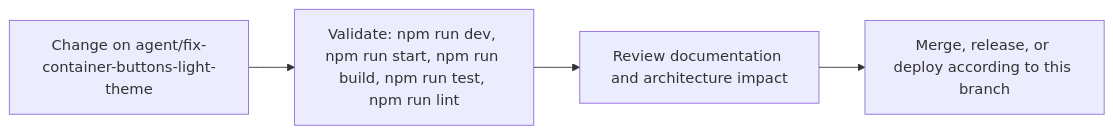
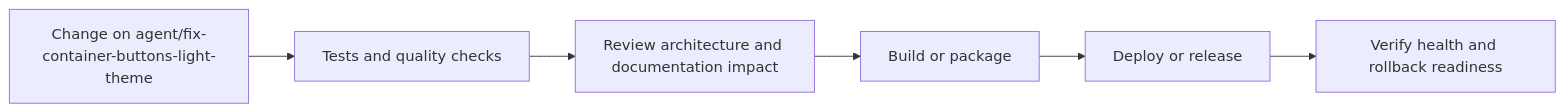
Before and after one commit to Nischhalsubba/BindForge-NW: the fifth of 6 diagrams in README.md, drawn with Mermaid. The commit also changed other lines of this file, not shown here.

````diff
--- a/README.md
+++ b/README.md
@@ -87,8 +183,8 @@
 ```mermaid
 flowchart LR
-    CHANGE["Change on agent/fix-container-buttons-light-theme"]
-    CHECK["Validate: npm run dev, npm run start, npm run build, npm run test, npm run lint"]
-    REVIEW["Review documentation and architecture impact"]
-    RELEASE["Merge, release, or deploy according to this branch"]
-    CHANGE --> CHECK --> REVIEW --> RELEASE
+    CHANGE["Change on agent/fix-container-buttons-light-theme"] --> CHECK["Tests and quality checks"]
+    CHECK --> REVIEW["Review architecture and documentation impact"]
+    REVIEW --> BUILD["Build or package"]
+    BUILD --> DEPLOY["Deploy or release"]
+    DEPLOY --> VERIFY["Verify health and rollback readiness"]
 ```
````
